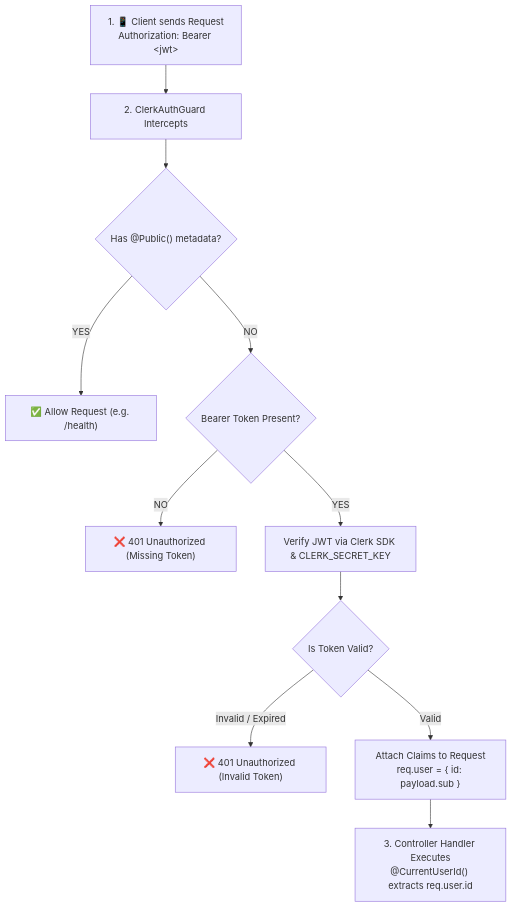
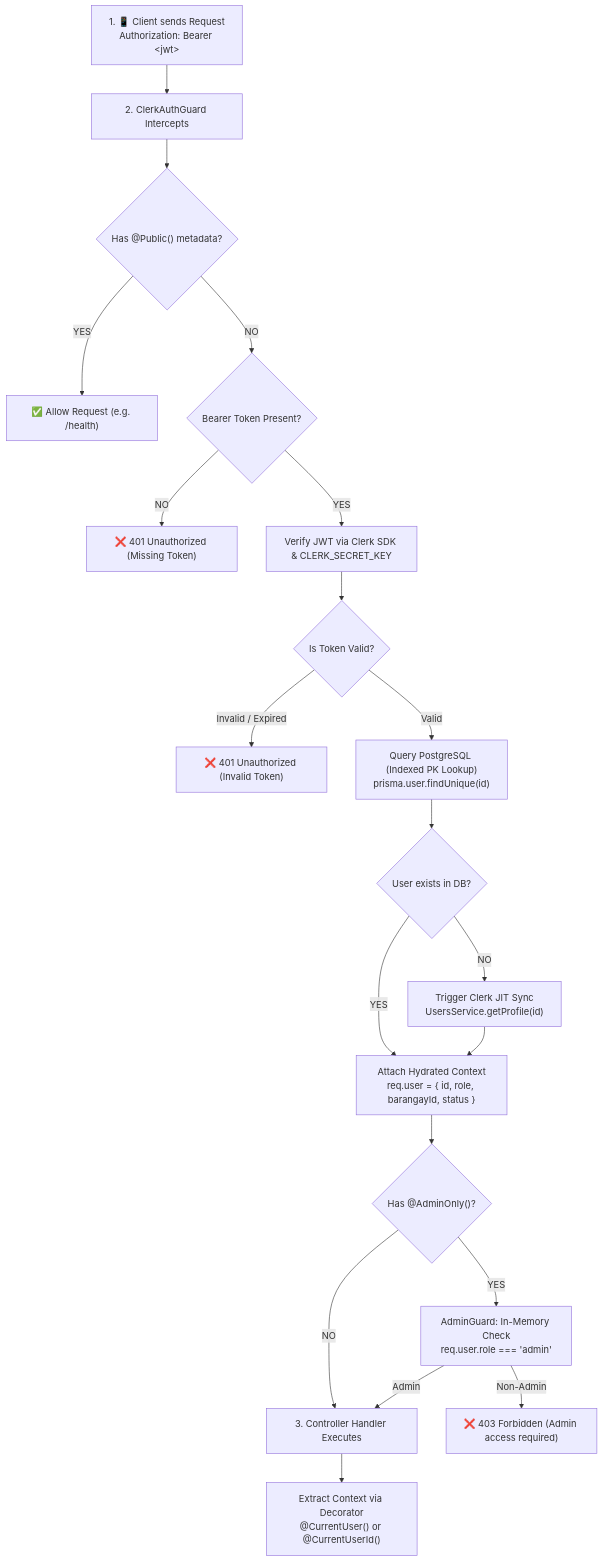
One commit to likha-innovations/sagana-backend changed the diagram in docs/core-concepts/auth-lifecycle.md. Above: the diagram before and after it, drawn with Mermaid. The commit also changed other lines of this file and 6 other files, not shown here.

Commit message:
docs(auth): document request context payload and in-memory guard lifecycle (#59)

````diff
--- a/docs/core-concepts/auth-lifecycle.md
+++ b/docs/core-concepts/auth-lifecycle.md
@@ -35,17 +37,28 @@
 ```mermaid
 flowchart TD
     Client["1. 📱 Client sends Request<br/>Authorization: Bearer &lt;jwt&gt;"] --> Guard["2. ClerkAuthGuard Intercepts"]
     Guard --> CheckPublic{"Has @Public() metadata?"}
     
     CheckPublic -->|YES| Allow["✅ Allow Request (e.g. /health)"]
     CheckPublic -->|NO| CheckToken{"Bearer Token Present?"}
     
     CheckToken -->|NO| ErrMissing["❌ 401 Unauthorized (Missing Token)"]
     CheckToken -->|YES| VerifyJWT["Verify JWT via Clerk SDK & CLERK_SECRET_KEY"]
     
     VerifyJWT --> CheckValid{"Is Token Valid?"}
     CheckValid -->|Invalid / Expired| ErrInvalid["❌ 401 Unauthorized (Invalid Token)"]
-    CheckValid -->|Valid| Attach["Attach Claims to Request<br/>req.user = { id: payload.sub }"]
+    CheckValid -->|Valid| QueryDB["Query PostgreSQL (Indexed PK Lookup)<br/>prisma.user.findUnique(id)"]
     
-    Attach --> Handler["3. Controller Handler Executes<br/>@CurrentUserId() extracts req.user.id"]
+    QueryDB --> UserExists{"User exists in DB?"}
+    UserExists -->|YES| Attach["Attach Hydrated Context<br/>req.user = { id, role, barangayId, status }"]
+    UserExists -->|NO| JITSync["Trigger Clerk JIT Sync<br/>UsersService.getProfile(id)"]
+    JITSync --> Attach
+    
+    Attach --> CheckAdmin{"Has @AdminOnly()?"}
+    CheckAdmin -->|YES| AdminGuard["AdminGuard: In-Memory Check<br/>req.user.role === 'admin'"]
+    CheckAdmin -->|NO| Handler["3. Controller Handler Executes"]
+    AdminGuard -->|Non-Admin| Err403["❌ 403 Forbidden (Admin access required)"]
+    AdminGuard -->|Admin| Handler
+    
+    Handler --> InjectUser["Extract Context via Decorator<br/>@CurrentUser() or @CurrentUserId()"]
 ```
````
